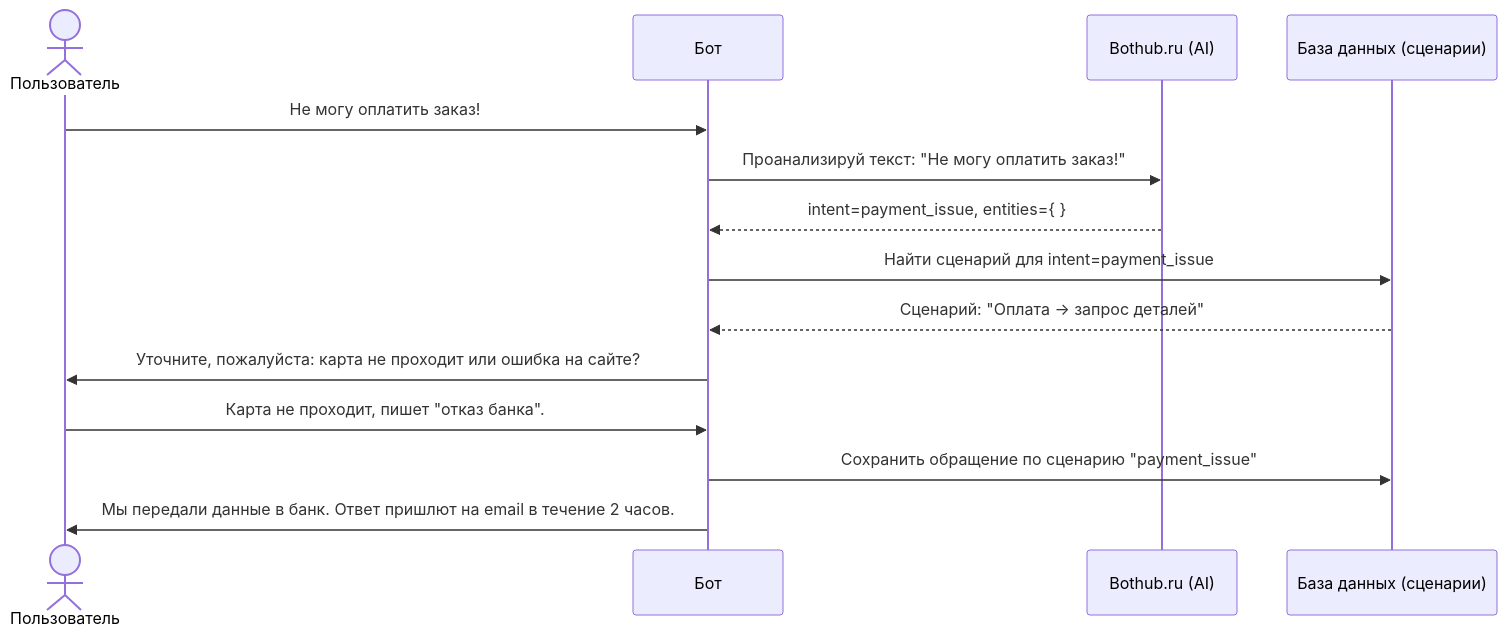
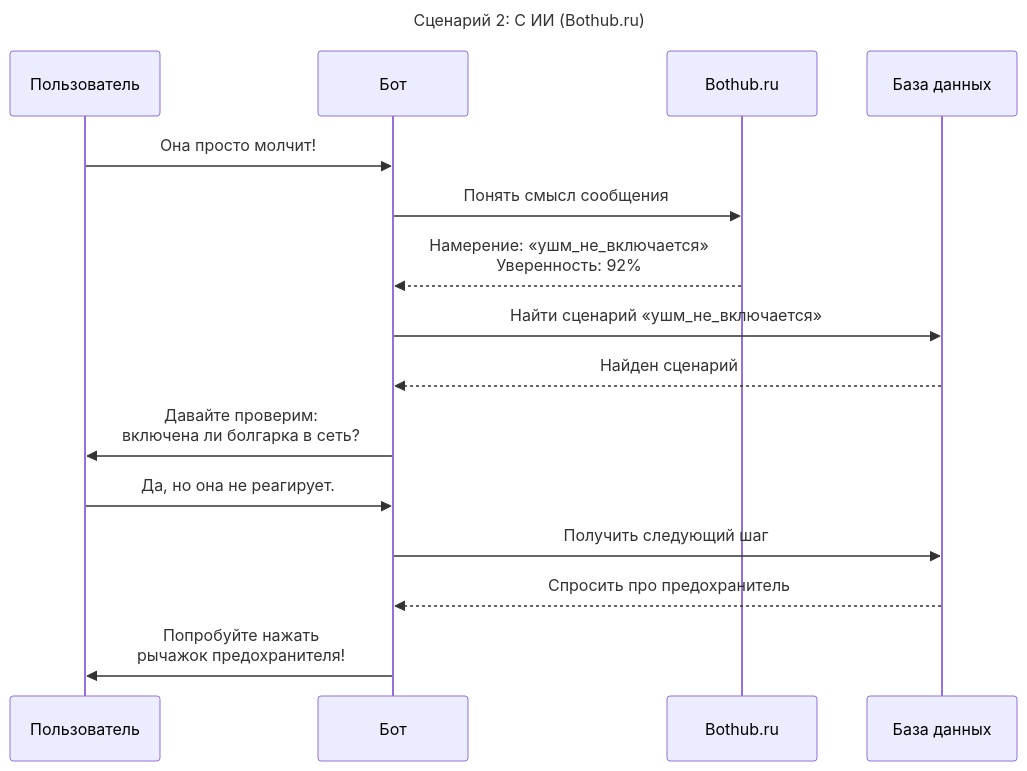
Before and after one commit to ZorinIvanA/tgbot-electro-tools: the second of 2 diagrams in diagrams/sequences.md, drawn with Mermaid. The commit also changed other lines of this file, not shown here.

Commit message:
обновление диаграм

````diff
--- a/diagrams/sequences.md
+++ b/diagrams/sequences.md
@@ -23,17 +21,19 @@
 ```mermaid
 sequenceDiagram
-    actor Пользователь
+    title Сценарий 2: С ИИ (Bothub.ru)
+    participant Пользователь
     participant Бот
-    participant AI as Bothub.ru (AI)
-    participant БД as База данных (сценарии)
+    participant Bothub.ru
+    participant База данных
 
-    Пользователь->>Бот: Не могу оплатить заказ!
-    Бот->>AI: Проанализируй текст: "Не могу оплатить заказ!"
-    AI-->>Бот: intent=payment_issue, entities={ }
-    Бот->>БД: Найти сценарий для intent=payment_issue
-    БД-->>Бот: Сценарий: "Оплата → запрос деталей"
-    Бот->>Пользователь: Уточните, пожалуйста: карта не проходит или ошибка на сайте?
-    Пользователь->>Бот: Карта не проходит, пишет "отказ банка".
-    Бот->>БД: Сохранить обращение по сценарию "payment_issue"
-    Бот->>Пользователь: Мы передали данные в банк. Ответ пришлют на email в течение 2 часов.
+    Пользователь->>Бот: Она просто молчит!
+    Бот->>Bothub.ru: Понять смысл сообщения
+    Bothub.ru-->>Бот: Намерение: «ушм_не_включается»<br>Уверенность: 92%
+    Бот->>База данных: Найти сценарий «ушм_не_включается»
+    База данных-->>Бот: Найден сценарий
+    Бот->>Пользователь: Давайте проверим:<br>включена ли болгарка в сеть?
+    Пользователь->>Бот: Да, но она не реагирует.
+    Бот->>База данных: Получить следующий шаг
+    База данных-->>Бот: Спросить про предохранитель
+    Бот->>Пользователь: Попробуйте нажать<br>рычажок предохранителя!
 ```
````
